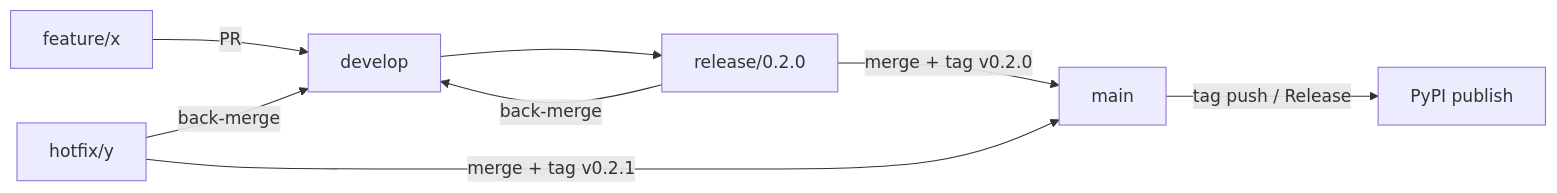
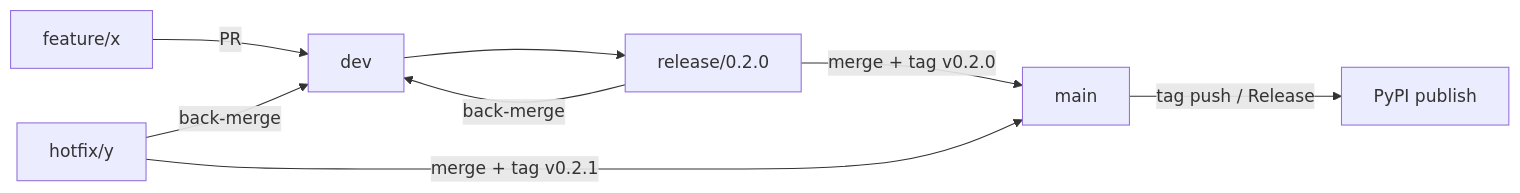
One commit to Krokz/grag changed the diagram in CONTRIBUTING.md. Above: the diagram before and after it, drawn with Mermaid. The commit also changed other lines of this file and 1 other file, not shown here.

Commit message:
chore(repo): align integration branch references with dev

````diff
--- a/CONTRIBUTING.md
+++ b/CONTRIBUTING.md
@@ -18,10 +18,10 @@
 ```mermaid
 flowchart LR
-  F[feature/x] -->|PR| D[develop]
+  F[feature/x] -->|PR| D[dev]
   D --> R[release/0.2.0]
   R -->|merge + tag v0.2.0| M[main]
   R -->|back-merge| D
   H[hotfix/y] -->|merge + tag v0.2.1| M
   H -->|back-merge| D
   M -->|tag push / Release| P[PyPI publish]
 ```
````
